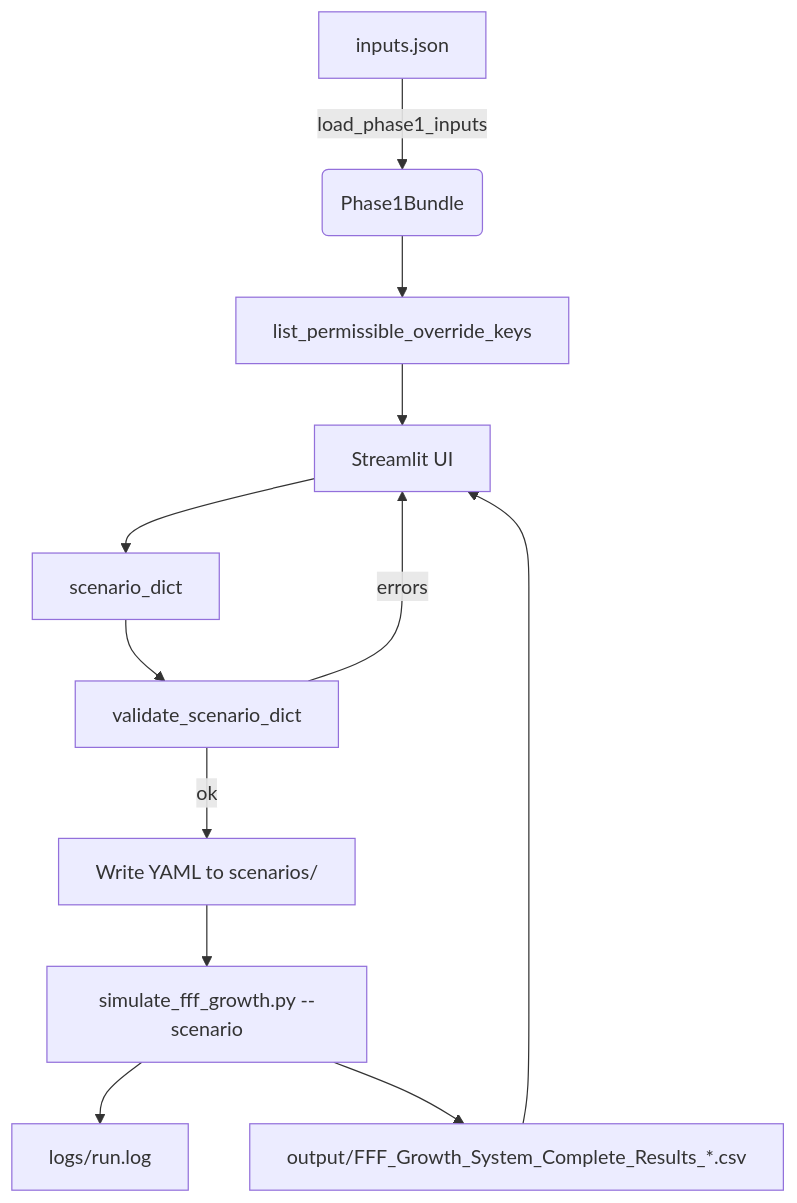
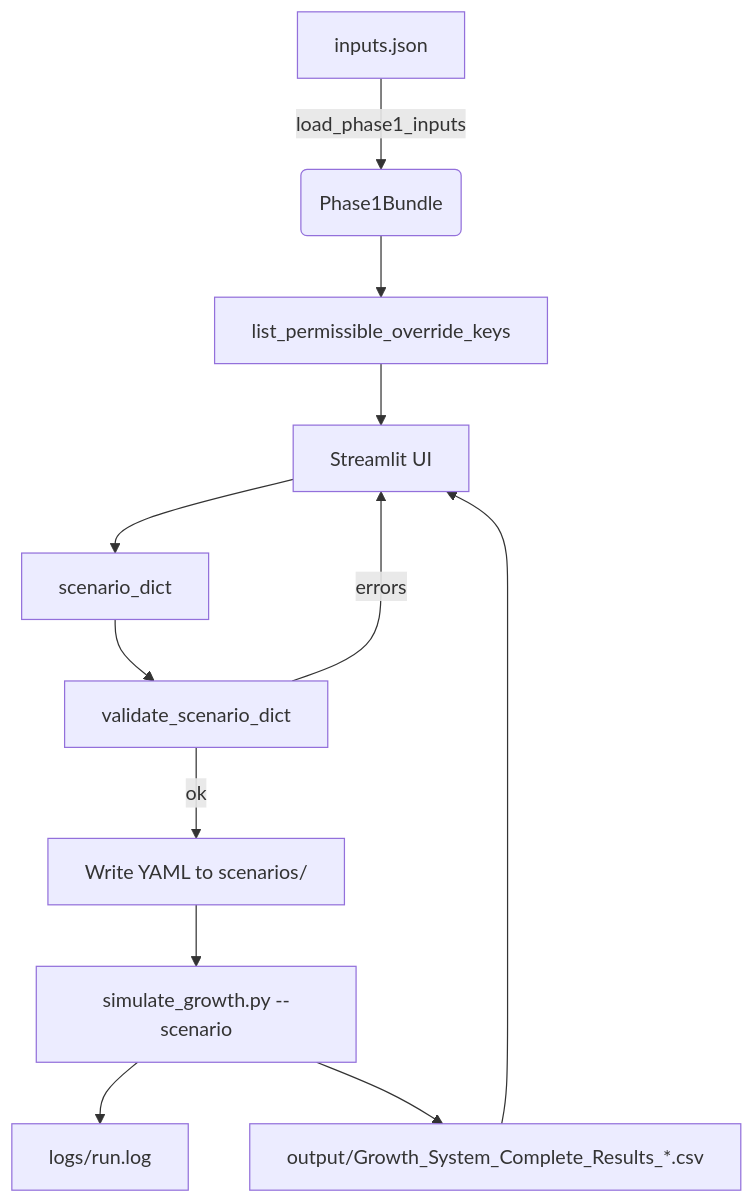
One commit to dessentialist/growth_model changed the diagram in implementation_plan_ux.md. Above: the diagram before and after it, drawn with Mermaid. The commit also changed other lines of this file and 65 other files, not shown here.

````diff
--- a/implementation_plan_ux.md
+++ b/implementation_plan_ux.md
@@ -30,14 +30,14 @@
 ```mermaid
 flowchart TD
   A[inputs.json] -->|load_phase1_inputs| B(Phase1Bundle)
   B --> C[list_permissible_override_keys]
   C --> D[Streamlit UI]
   D --> E[scenario_dict]
   E --> F[validate_scenario_dict]
   F -->|ok| G[Write YAML to scenarios/]
   F -->|errors| D
-  G --> H[simulate_fff_growth.py --scenario]
+  G --> H[simulate_growth.py --scenario]
   H --> I[logs/run.log]
-  H --> J[output/FFF_Growth_System_Complete_Results_*.csv]
+  H --> J[output/Growth_System_Complete_Results_*.csv]
   J --> D
 ```
````
